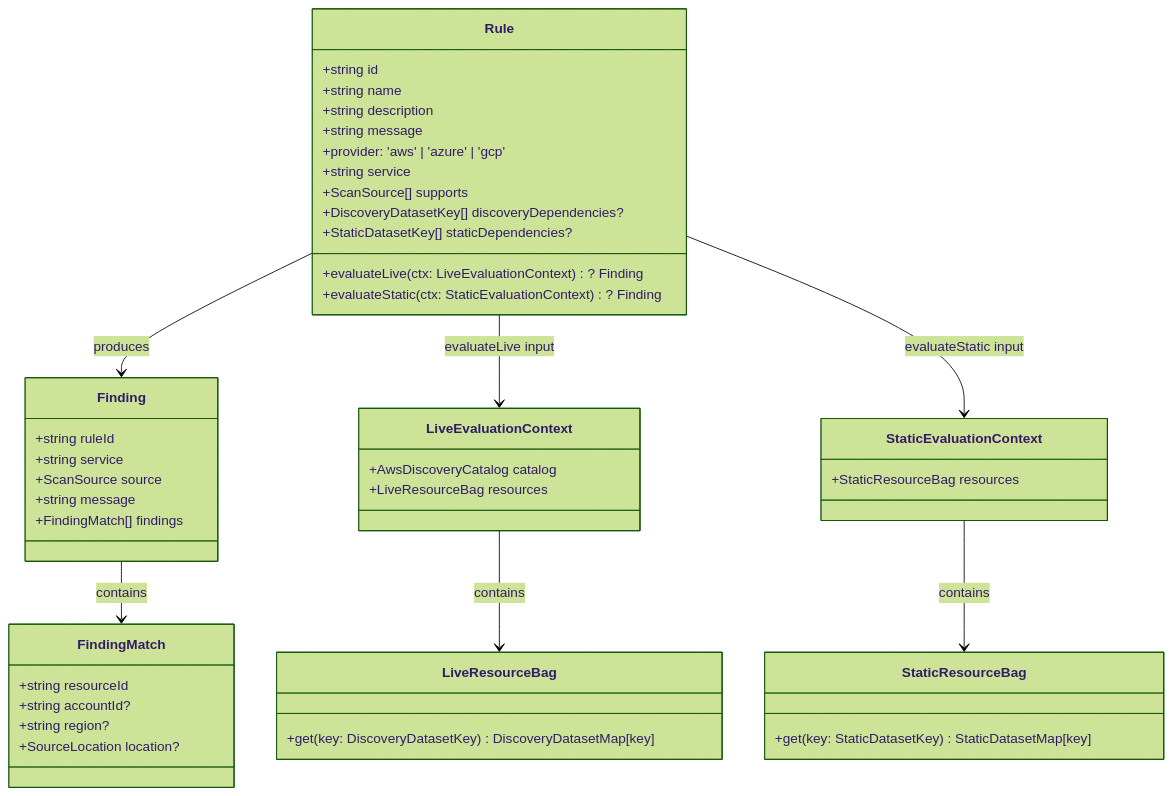
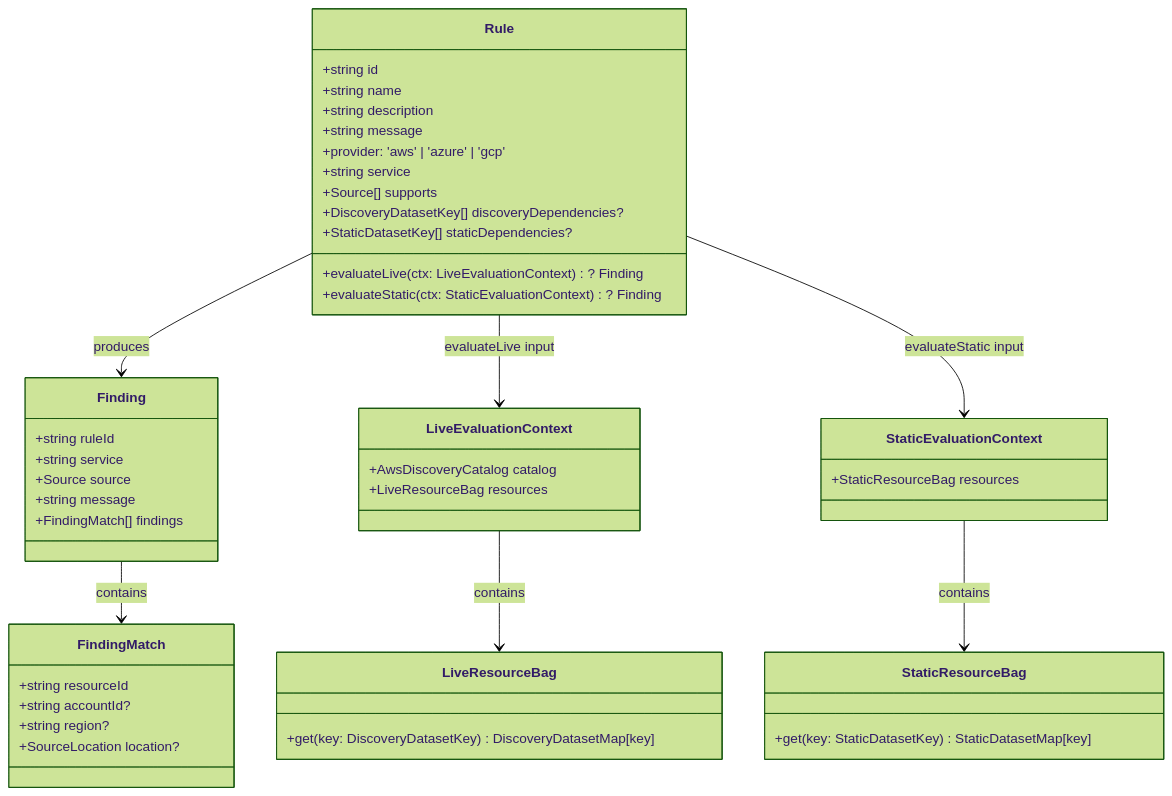
The first of 2 diagrams in docs/architecture/rules.md (towardsthecloud/cloudburn), drawn with Mermaid (forest theme) before and after one commit. The commit also changed 34 other files, not shown here.

````diff
--- a/docs/architecture/rules.md
+++ b/docs/architecture/rules.md
@@ -5,55 +5,55 @@
 ```mermaid
 classDiagram
   class Rule {
     +string id
     +string name
     +string description
     +string message
     +provider: 'aws' | 'azure' | 'gcp'
     +string service
-    +ScanSource[] supports
+    +Source[] supports
     +DiscoveryDatasetKey[] discoveryDependencies?
     +StaticDatasetKey[] staticDependencies?
     +evaluateLive(ctx: LiveEvaluationContext)? Finding
     +evaluateStatic(ctx: StaticEvaluationContext)? Finding
   }
 
   class Finding {
     +string ruleId
     +string service
-    +ScanSource source
+    +Source source
     +string message
     +FindingMatch[] findings
   }
 
   class FindingMatch {
     +string resourceId
     +string accountId?
     +string region?
     +SourceLocation location?
   }
 
   class LiveEvaluationContext {
     +AwsDiscoveryCatalog catalog
     +LiveResourceBag resources
   }
 
   class LiveResourceBag {
     +get(key: DiscoveryDatasetKey) DiscoveryDatasetMap[key]
   }
 
   class StaticResourceBag {
     +get(key: StaticDatasetKey) StaticDatasetMap[key]
   }
 
   class StaticEvaluationContext {
     +StaticResourceBag resources
   }
 
   Rule --> Finding : produces
   Finding --> FindingMatch : contains
   Rule --> LiveEvaluationContext : evaluateLive input
   LiveEvaluationContext --> LiveResourceBag : contains
   Rule --> StaticEvaluationContext : evaluateStatic input
   StaticEvaluationContext --> StaticResourceBag : contains
 ```
````
